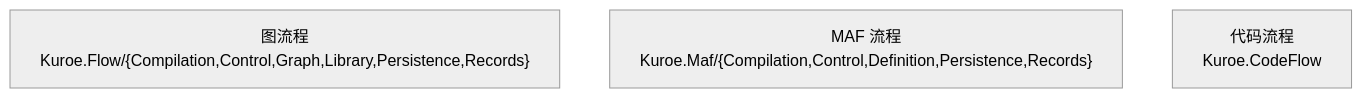
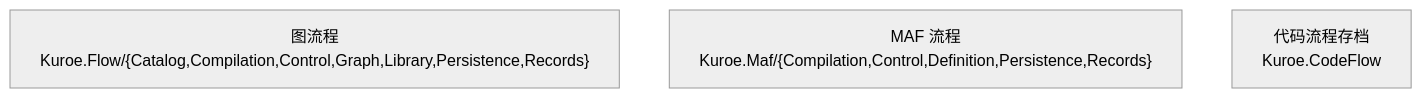
Before and after one commit to DrMelt/Kuroe: the diagram in docs/dev/architecture/functional-boundary/flow/index.md, drawn with Mermaid (neutral theme). The commit also changed other lines of this file and 19 other files, not shown here.

````diff
--- a/docs/dev/architecture/functional-boundary/flow/index.md
+++ b/docs/dev/architecture/functional-boundary/flow/index.md
@@ -5,6 +5,6 @@
 ```mermaid
 flowchart TD
-    GraphFlow["图流程<br>Kuroe.Flow/{Compilation,Control,Graph,Library,Persistence,Records}"]
+    GraphFlow["图流程<br>Kuroe.Flow/{Catalog,Compilation,Control,Graph,Library,Persistence,Records}"]
     MafFlow["MAF 流程<br>Kuroe.Maf/{Compilation,Control,Definition,Persistence,Records}"]
-    CodeFlow["代码流程<br>Kuroe.CodeFlow"]
+    CodeFlow["代码流程存档<br>Kuroe.CodeFlow"]
 ```
````
